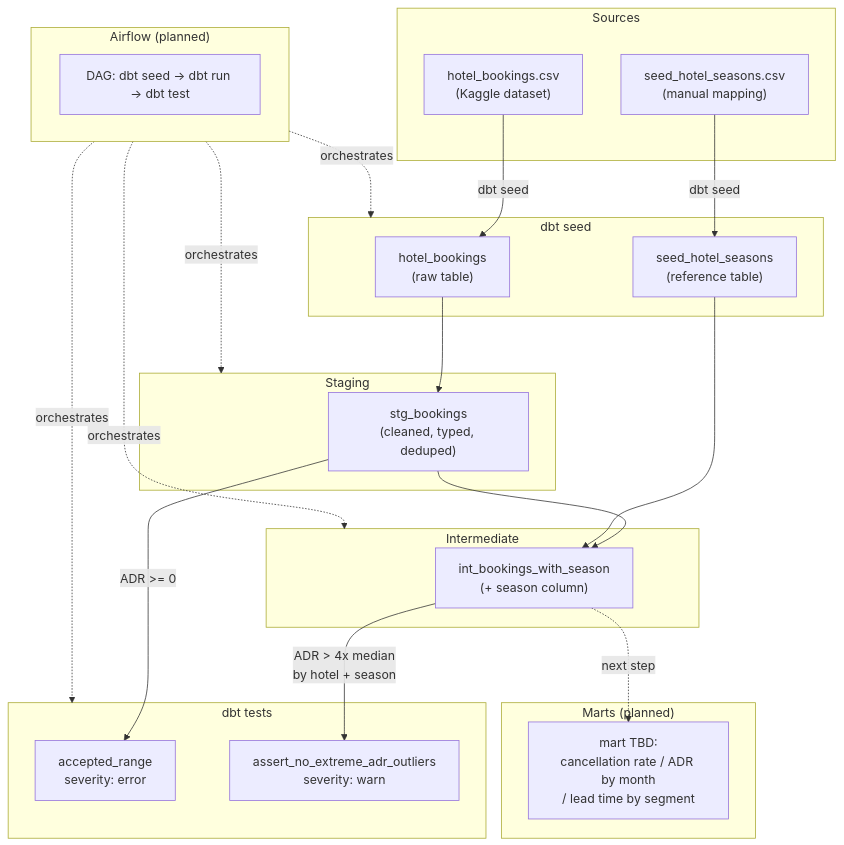
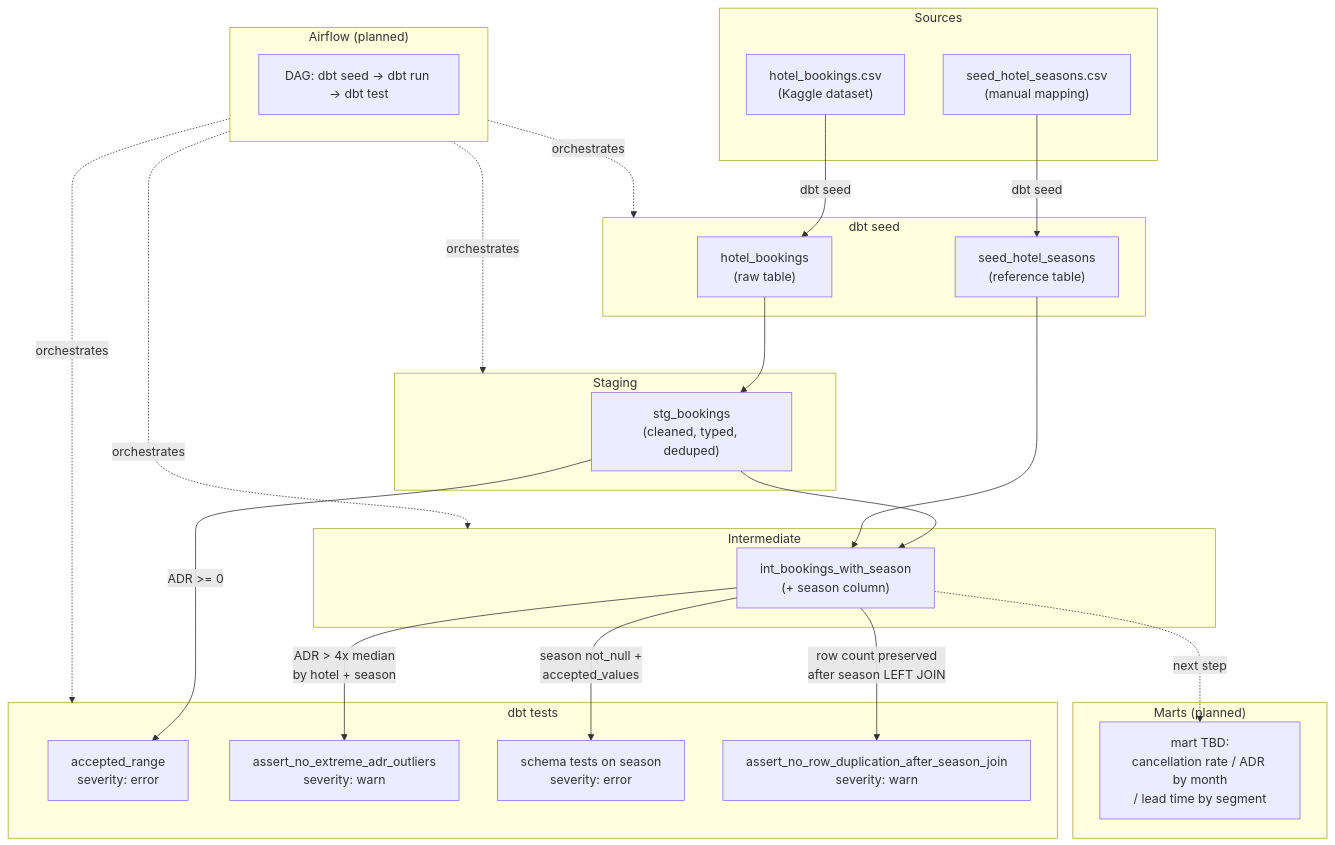
Before and after one commit to JBaptisteAll/Hotel_Booking_Pipeline: the diagram in README.md, drawn with Mermaid. The commit also changed other lines of this file and 7 other files, not shown here.

First line of the commit message:
test(intermediate): add row count check after season join

````diff
--- a/README.md
+++ b/README.md
@@ -3,39 +3,41 @@
 ```mermaid
 flowchart TD
     subgraph Sources["Sources"]
         CSV["hotel_bookings.csv<br/>(Kaggle dataset)"]
         SEASONS["seed_hotel_seasons.csv<br/>(manual mapping)"]
     end
 
     subgraph Seed["dbt seed"]
         CSV -->|dbt seed| RAW["hotel_bookings<br/>(raw table)"]
         SEASONS -->|dbt seed| SEASON_TABLE["seed_hotel_seasons<br/>(reference table)"]
     end
 
     subgraph Staging["Staging"]
         RAW --> STG["stg_bookings<br/>(cleaned, typed, deduped)"]
     end
 
     subgraph Intermediate["Intermediate"]
         STG --> INT["int_bookings_with_season<br/>(+ season column)"]
         SEASON_TABLE --> INT
     end
 
     subgraph Tests["dbt tests"]
         STG -->|ADR >= 0| T1["accepted_range<br/>severity: error"]
         INT -->|ADR > 4x median<br/>by hotel + season| T2["assert_no_extreme_adr_outliers<br/>severity: warn"]
+        INT -->|season not_null +<br/>accepted_values| T3["schema tests on season<br/>severity: error"]
+        INT -->|row count preserved<br/>after season LEFT JOIN| T4["assert_no_row_duplication_after_season_join<br/>severity: warn"]
     end
 
     subgraph Marts["Marts (planned)"]
         INT -.->|next step| MART["mart TBD:<br/>cancellation rate / ADR by month<br/>/ lead time by segment"]
     end
 
     subgraph Orchestration["Airflow (planned)"]
         DAG["DAG: dbt seed → dbt run → dbt test"]
     end
 
     Orchestration -.orchestrates.-> Seed
     Orchestration -.orchestrates.-> Staging
     Orchestration -.orchestrates.-> Intermediate
     Orchestration -.orchestrates.-> Tests
 ```
````
